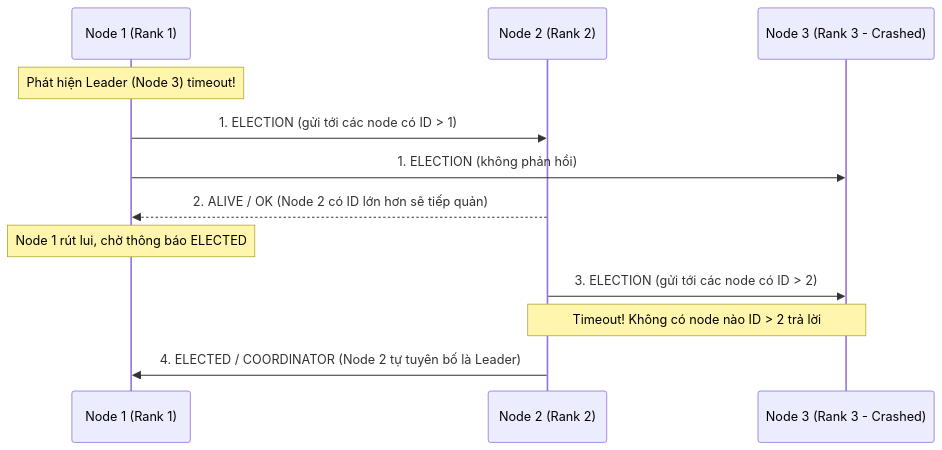
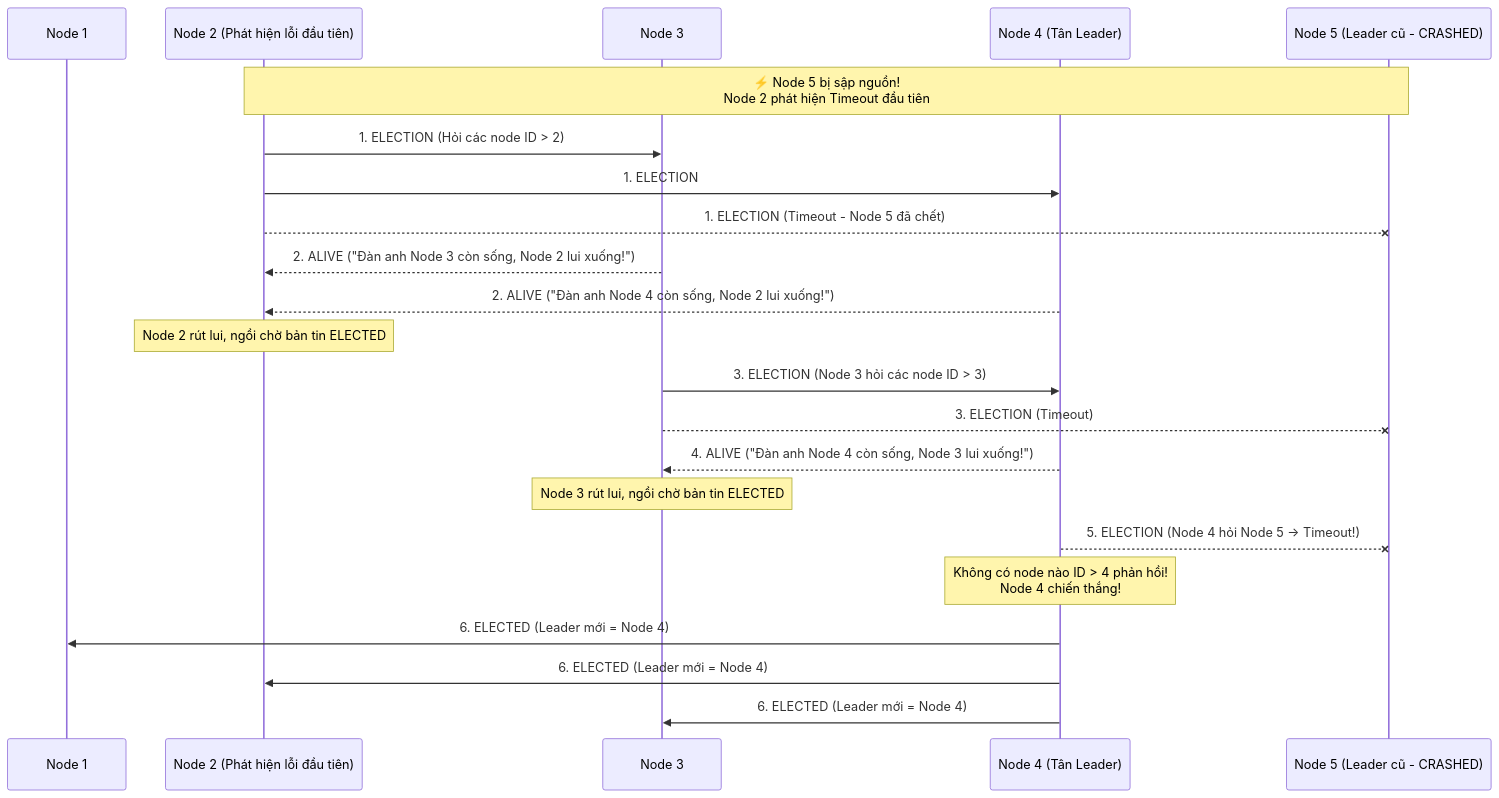
Before and after one commit to namaewanam/namaewanam.github.io: the first of 3 diagrams in docs/Database-Internals-Notes/database-internals-chapter10.vi.md, drawn with Mermaid. The commit also changed other lines of this file and 29 other files, not shown here.

````diff
--- a/docs/Database-Internals-Notes/database-internals-chapter10.vi.md
+++ b/docs/Database-Internals-Notes/database-internals-chapter10.vi.md
@@ -46,15 +67,25 @@
 ```mermaid
 sequenceDiagram
-    participant N1 as Node 1 (Rank 1)
-    participant N2 as Node 2 (Rank 2)
-    participant N3 as Node 3 (Rank 3 - Crashed)
+    participant N1 as Node 1
+    participant N2 as Node 2 (Phát hiện lỗi đầu tiên)
+    participant N3 as Node 3
+    participant N4 as Node 4 (Tân Leader)
+    participant N5 as Node 5 (Leader cũ - CRASHED)
 
-    Note over N1: Phát hiện Leader (Node 3) timeout!
-    N1->>N2: 1. ELECTION (gửi tới các node có ID > 1)
-    N1->>N3: 1. ELECTION (không phản hồi)
-    N2-->>N1: 2. ALIVE / OK (Node 2 có ID lớn hơn sẽ tiếp quản)
-    Note over N1: Node 1 rút lui, chờ thông báo ELECTED
-    N2->>N3: 3. ELECTION (gửi tới các node có ID > 2)
-    Note over N2,N3: Timeout! Không có node nào ID > 2 trả lời
-    N2->>N1: 4. ELECTED / COORDINATOR (Node 2 tự tuyên bố là Leader)
+    Note over N2,N5: ⚡ Node 5 bị sập nguồn!<br/>Node 2 phát hiện Timeout đầu tiên
+    N2->>N3: 1. ELECTION (Hỏi các node ID > 2)
+    N2->>N4: 1. ELECTION
+    N2--xN5: 1. ELECTION (Timeout - Node 5 đã chết)
+    N3-->>N2: 2. ALIVE ("Đàn anh Node 3 còn sống, Node 2 lui xuống!")
+    N4-->>N2: 2. ALIVE ("Đàn anh Node 4 còn sống, Node 2 lui xuống!")
+    Note over N2: Node 2 rút lui, ngồi chờ bản tin ELECTED
+    N3->>N4: 3. ELECTION (Node 3 hỏi các node ID > 3)
+    N3--xN5: 3. ELECTION (Timeout)
+    N4-->>N3: 4. ALIVE ("Đàn anh Node 4 còn sống, Node 3 lui xuống!")
+    Note over N3: Node 3 rút lui, ngồi chờ bản tin ELECTED
+    N4--xN5: 5. ELECTION (Node 4 hỏi Node 5 -> Timeout!)
+    Note over N4: Không có node nào ID > 4 phản hồi!<br/>Node 4 chiến thắng!
+    N4->>N1: 6. ELECTED (Leader mới = Node 4)
+    N4->>N2: 6. ELECTED (Leader mới = Node 4)
+    N4->>N3: 6. ELECTED (Leader mới = Node 4)
 ```
````
